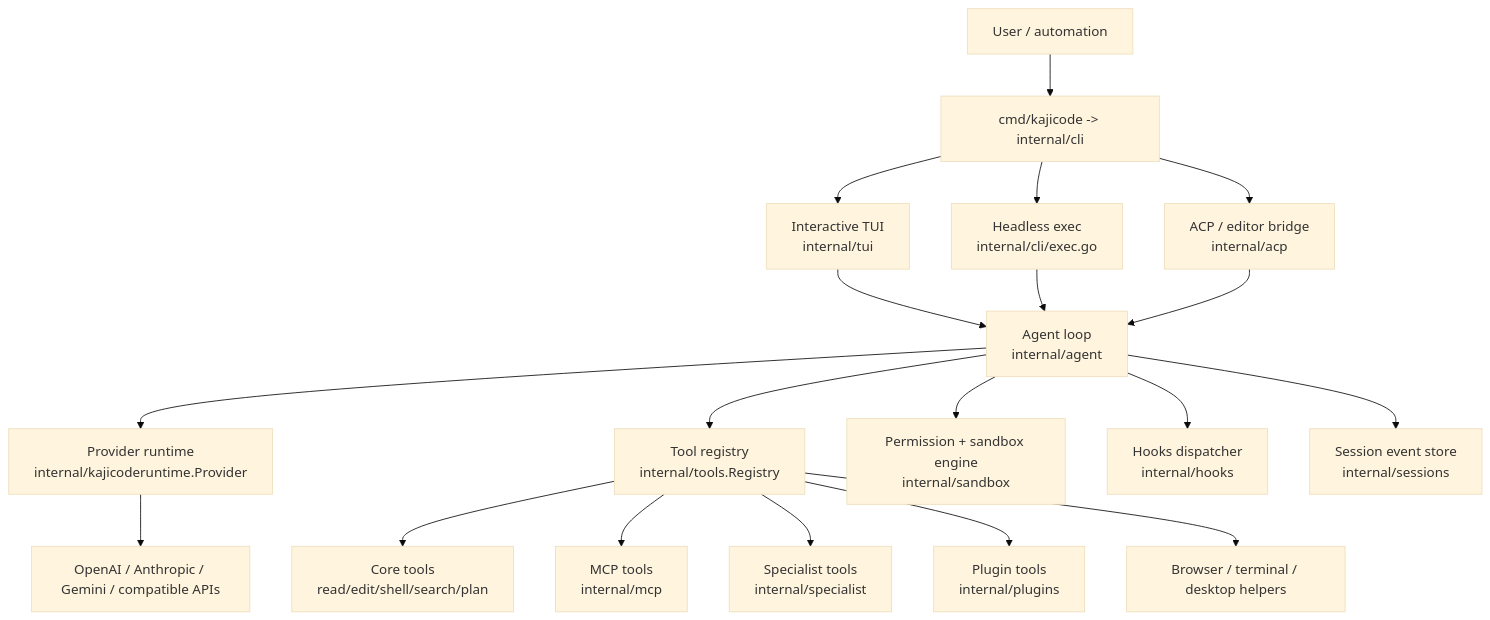
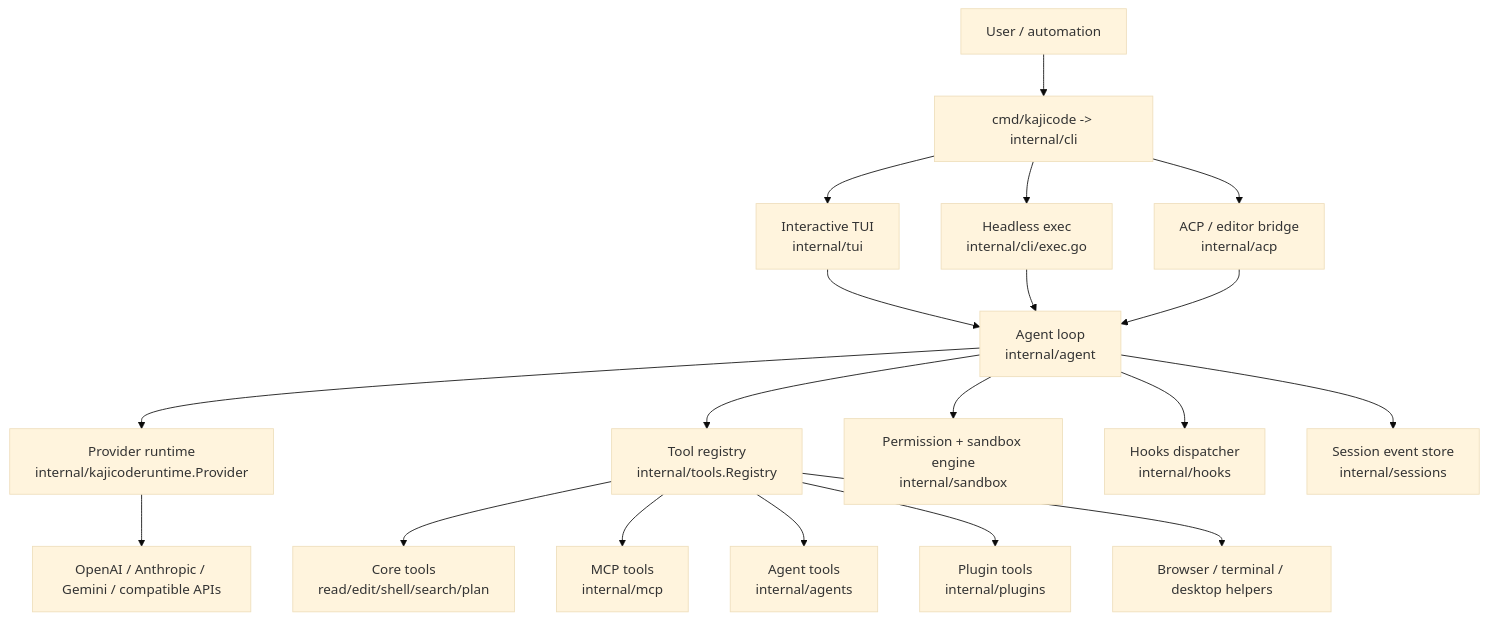
One commit to dishant0406/KajiCode changed the first of 16 diagrams in docs/HOW_KAJICODE_WORKS.md. Above: the diagram before and after it, drawn with Mermaid (base theme). The commit also changed other lines of this file and 136 other files, not shown here.

````diff
--- a/docs/HOW_KAJICODE_WORKS.md
+++ b/docs/HOW_KAJICODE_WORKS.md
@@ -26,26 +26,26 @@
 ```mermaid
 flowchart TD
     User[User / automation] --> CLI[cmd/kajicode -> internal/cli]
 
     CLI --> TUI[Interactive TUI<br/>internal/tui]
     CLI --> Exec[Headless exec<br/>internal/cli/exec.go]
     CLI --> ACP[ACP / editor bridge<br/>internal/acp]
 
     TUI --> Agent[Agent loop<br/>internal/agent]
     Exec --> Agent
     ACP --> Agent
 
     Agent --> Provider[Provider runtime<br/>internal/kajicoderuntime.Provider]
     Provider --> APIs[OpenAI / Anthropic / Gemini / compatible APIs]
 
     Agent --> Registry[Tool registry<br/>internal/tools.Registry]
     Registry --> CoreTools[Core tools<br/>read/edit/shell/search/plan]
     Registry --> MCP[MCP tools<br/>internal/mcp]
-    Registry --> Specialists[Specialist tools<br/>internal/specialist]
+    Registry --> Agents[Agent tools<br/>internal/agents]
     Registry --> Plugins[Plugin tools<br/>internal/plugins]
     Registry --> LocalControl[Browser / terminal / desktop helpers]
 
     Agent --> Sandbox[Permission + sandbox engine<br/>internal/sandbox]
     Agent --> Hooks[Hooks dispatcher<br/>internal/hooks]
     Agent --> Sessions[Session event store<br/>internal/sessions]
 ```
````
